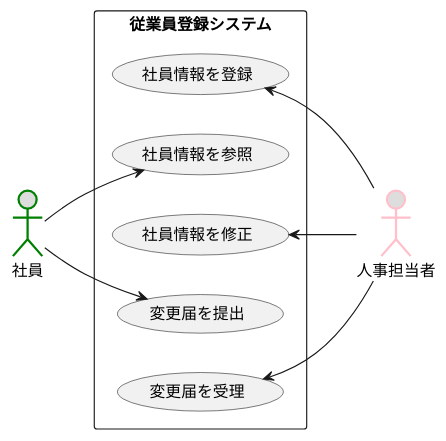
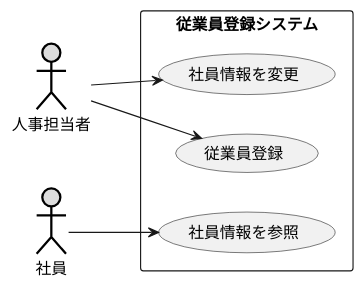
The diagram in 演習2-6_盛岡システム_従業員登録システム.pu (Nshikawakazuki/uml-intr), drawn with PlantUML before and after one commit. The commit also changed 2 other files, not shown here.

```diff
--- a/演習2-6_盛岡システム_従業員登録システム.pu
+++ b/演習2-6_盛岡システム_従業員登録システム.pu
@@ -1,18 +1,13 @@
 @startuml 従業員登録システム
-left to right direction
-actor 社員#DDDDDD;line:Green;line.bold;
-actor 人事担当者#DDDDDD;line:Pink;line.bold;
-rectangle 従業員登録システム {
-    usecase 社員情報を登録
-    usecase 社員情報を参照
-    usecase 社員情報を修正
-    usecase 変更届を提出
-    usecase 変更届を受理
-
-}
-社員情報を登録 <-- 人事担当者
-社員 --> 変更届を提出
-社員 --> 社員情報を参照
-変更届を受理 <-- 人事担当者
-社員情報を修正 <-- 人事担当者
+    left to right direction
+    actor 人事担当者 #DDDDDD;line:black;line.bold;
+    actor 社員 #DDDDDD;line:black;line.bold;
+    rectangle 従業員登録システム {
+    usecase 従業員登録
+    usecase 社員情報を参照 
+    usecase 社員情報を変更 
+    }
+    人事担当者  --> 従業員登録
+    社員 --> 社員情報を参照
+    人事担当者  --> 社員情報を変更
 @enduml
```
